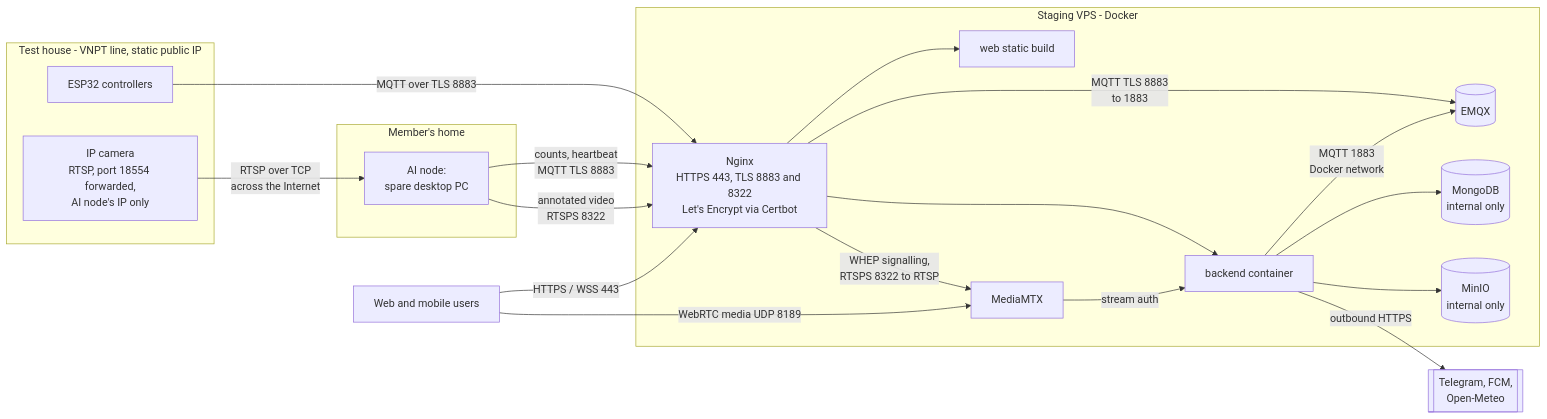
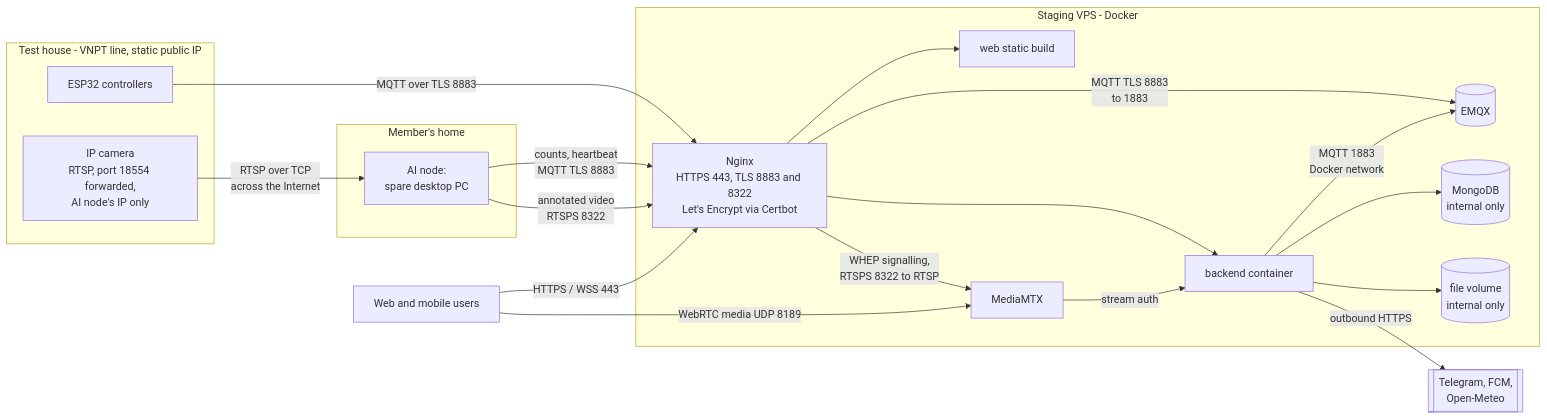
Before and after one commit to NBao261/SwiftletCare_KLTN: diagram 40 of 40 in docs/reports/report4-sdd.md, drawn with Mermaid. The commit also changed other lines of this file and 19 other files, not shown here.

````diff
--- a/docs/reports/report4-sdd.md
+++ b/docs/reports/report4-sdd.md
@@ -1837,27 +1837,27 @@
 ```mermaid
 flowchart LR
   subgraph VPS[Staging VPS - Docker]
     RP[Nginx<br/>HTTPS 443, TLS 8883 and 8322<br/>Let's Encrypt via Certbot] --> API[backend container]
     RP --> WEBS[web static build]
     RP -- WHEP signalling,<br/>RTSPS 8322 to RTSP --> MTX[MediaMTX]
     RP -- MQTT TLS 8883<br/>to 1883 --> EMQX[(EMQX)]
     API --> MONGO[(MongoDB<br/>internal only)]
     API -- MQTT 1883<br/>Docker network --> EMQX
-    API --> MINIO[(MinIO<br/>internal only)]
+    API --> FILES[(file volume<br/>internal only)]
     MTX -- stream auth --> API
   end
   subgraph HOUSE[Test house - VNPT line, static public IP]
     ESP[ESP32 controllers]
     CAM[IP camera<br/>RTSP, port 18554 forwarded,<br/>AI node's IP only]
   end
   subgraph HOME[Member's home]
     PC[AI node:<br/>spare desktop PC]
   end
   CAM -- RTSP over TCP<br/>across the Internet --> PC
   ESP -- MQTT over TLS 8883 --> RP
   PC -- counts, heartbeat<br/>MQTT TLS 8883 --> RP
   PC -- annotated video<br/>RTSPS 8322 --> RP
   USERS[Web and mobile users] -- HTTPS / WSS 443 --> RP
   USERS -- WebRTC media UDP 8189 --> MTX
   API -- outbound HTTPS --> EXT[[Telegram, FCM,<br/>Open-Meteo]]
 ```
````
